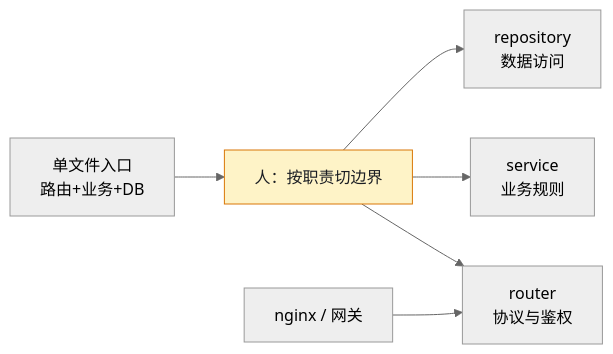
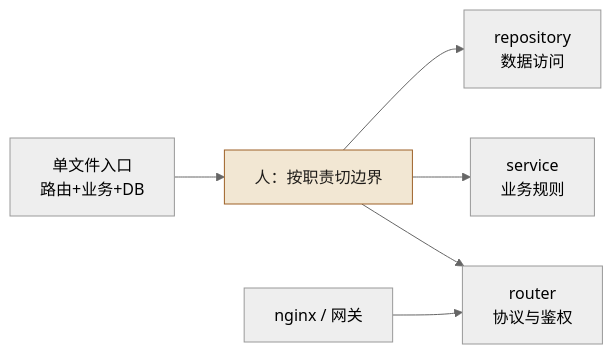
The first of 2 diagrams in docs/manuscript/ch18-第13章-单文件API到router+nginx.md (funny8kids/AI_Native_Software_Engineering), drawn with Mermaid (neutral theme) before and after one commit. The commit also changed other lines of this file and 81 other files, not shown here.

````diff
--- a/docs/manuscript/ch18-第13章-单文件API到router+nginx.md
+++ b/docs/manuscript/ch18-第13章-单文件API到router+nginx.md
@@ -6,9 +6,9 @@
 ```mermaid
 flowchart LR
   OLD[单文件入口<br/>路由+业务+DB] --> CUT[人：按职责切边界]
   CUT --> R[router<br/>协议与鉴权]
   CUT --> S[service<br/>业务规则]
   CUT --> RP[repository<br/>数据访问]
   NG[nginx / 网关] --> R
-  style CUT fill:#fef3c7,stroke:#d97706,color:#1a1d23
+  style CUT fill:#f2e7d3,stroke:#9d6127,color:#1e1c19
 ```
````
